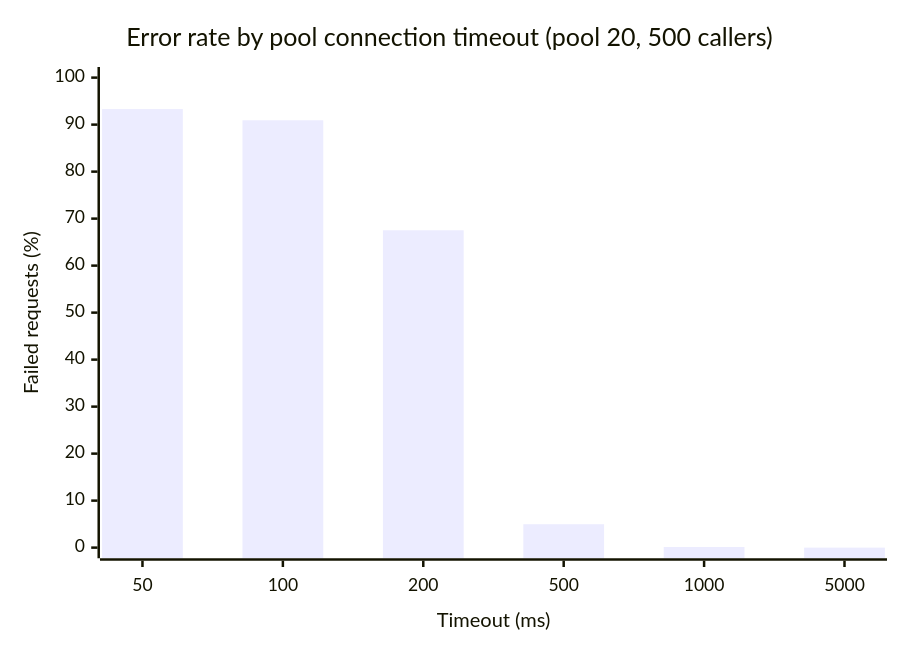
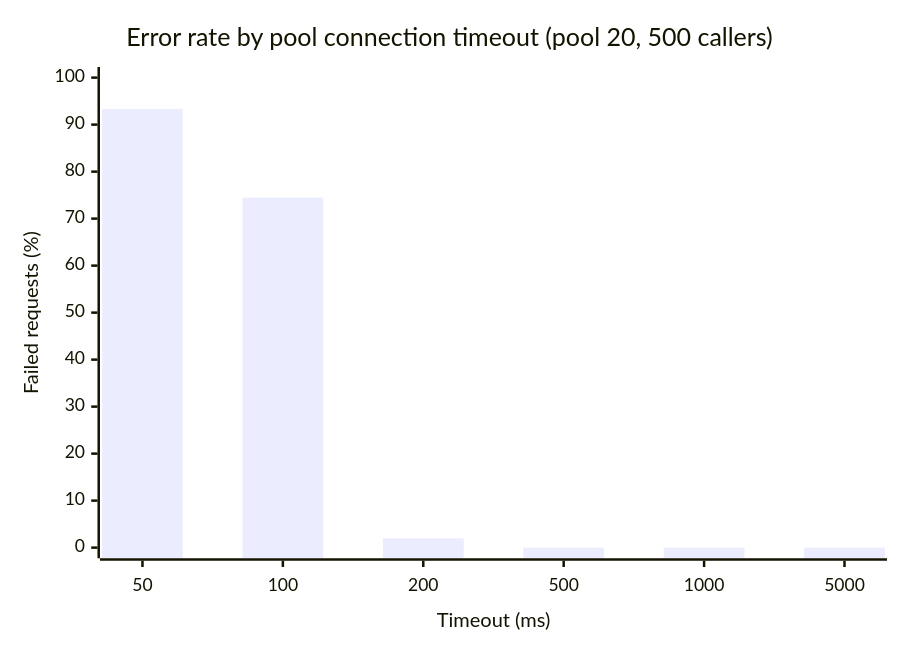
One commit to aisrael/hsm-signing-service changed the seventh of 9 diagrams in docs/benchmarks.md. Above: the diagram before and after it, drawn with Mermaid. The commit also changed other lines of this file and 1 other file, not shown here.

````diff
--- a/docs/benchmarks.md
+++ b/docs/benchmarks.md
@@ -202,7 +203,7 @@
 ```mermaid
 xychart-beta
     title "Error rate by pool connection timeout (pool 20, 500 callers)"
     x-axis "Timeout (ms)" ["50", "100", "200", "500", "1000", "5000"]
     y-axis "Failed requests (%)" 0 --> 100
-    bar [93.31, 90.93, 67.52, 4.98, 0.14, 0]
+    bar [93.30, 74.47, 1.99, 0.00, 0.00, 0]
 ```
````
